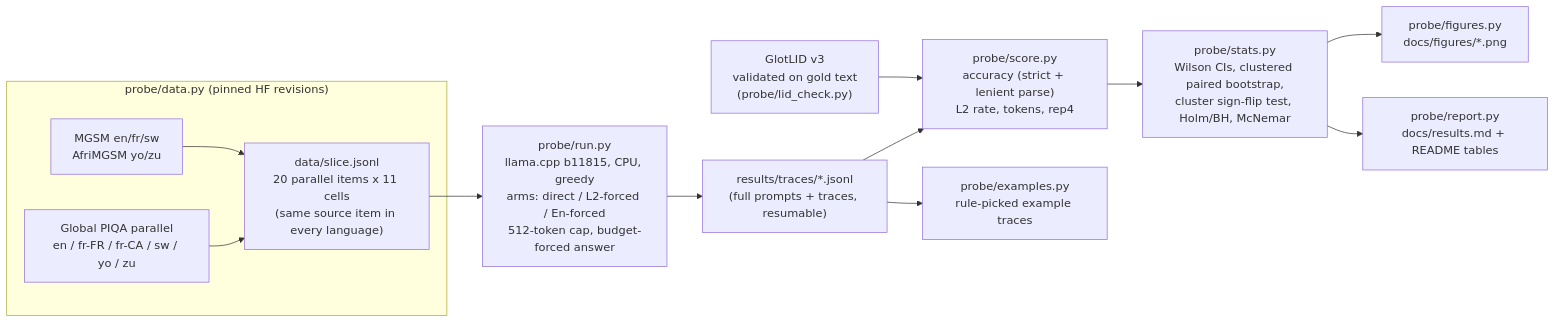
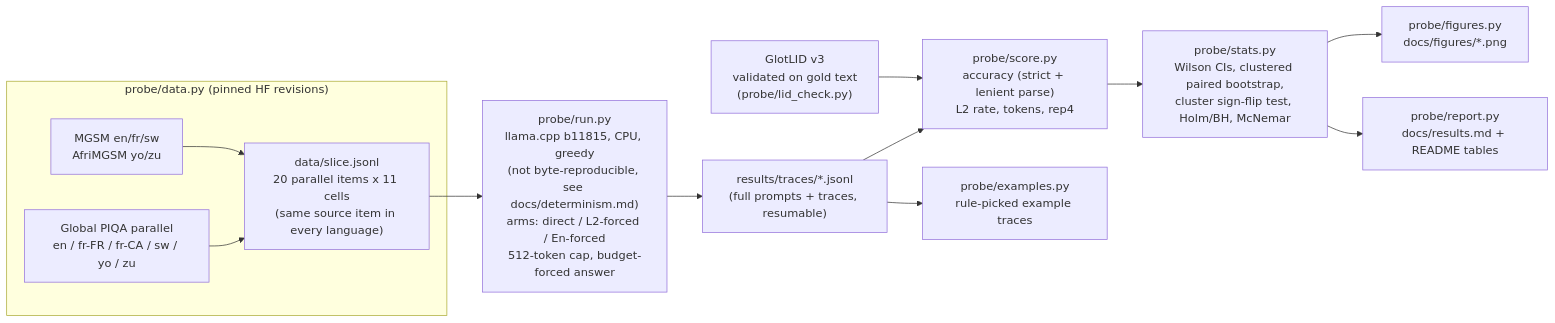
The diagram in README.md (arman-dogru/tiny-aya-in-language-reasoning-probe), drawn with Mermaid before and after one commit. The commit also changed other lines of this file and 16 other files, not shown here.

Commit message:
M3: drop the 'greedy so reproducible' claim; document observed nondeterminism with 5 reruns of 6 requests (10/30 byte-identical vs committed, 30/30 same correctness), incl. the reviewer's rerun; -np 1 / workers 1 / no prompt cache for future runs (not sufficient either)

````diff
--- a/README.md
+++ b/README.md
@@ -28,15 +28,15 @@
 ```mermaid
 flowchart LR
     subgraph data["probe/data.py (pinned HF revisions)"]
         A1["MGSM en/fr/sw<br/>AfriMGSM yo/zu"] --> S["data/slice.jsonl<br/>20 parallel items x 11 cells<br/>(same source item in every language)"]
         A2["Global PIQA parallel<br/>en / fr-FR / fr-CA / sw / yo / zu"] --> S
     end
-    S --> R["probe/run.py<br/>llama.cpp b11815, CPU, greedy<br/>arms: direct / L2-forced / En-forced<br/>512-token cap, budget-forced answer"]
+    S --> R["probe/run.py<br/>llama.cpp b11815, CPU, greedy<br/>(not byte-reproducible, see docs/determinism.md)<br/>arms: direct / L2-forced / En-forced<br/>512-token cap, budget-forced answer"]
     R --> T["results/traces/*.jsonl<br/>(full prompts + traces, resumable)"]
     G["GlotLID v3<br/>validated on gold text<br/>(probe/lid_check.py)"] --> SC
     T --> SC["probe/score.py<br/>accuracy (strict + lenient parse)<br/>L2 rate, tokens, rep4"]
     SC --> ST["probe/stats.py<br/>Wilson CIs, clustered paired bootstrap,<br/>cluster sign-flip test, Holm/BH, McNemar"]
     ST --> F["probe/figures.py<br/>docs/figures/*.png"]
     ST --> MD["probe/report.py<br/>docs/results.md + README tables"]
     T --> EX["probe/examples.py<br/>rule-picked example traces"]
 ```
````
